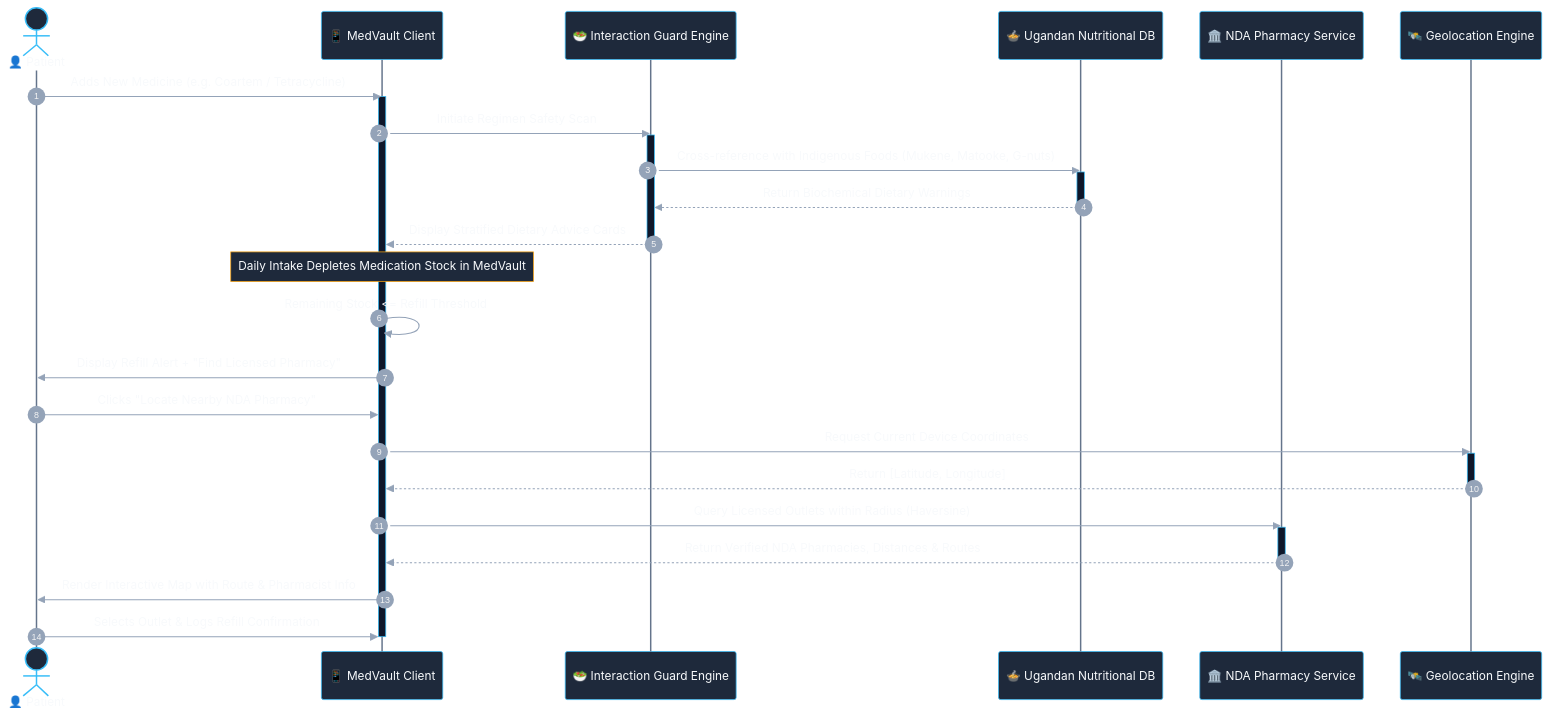
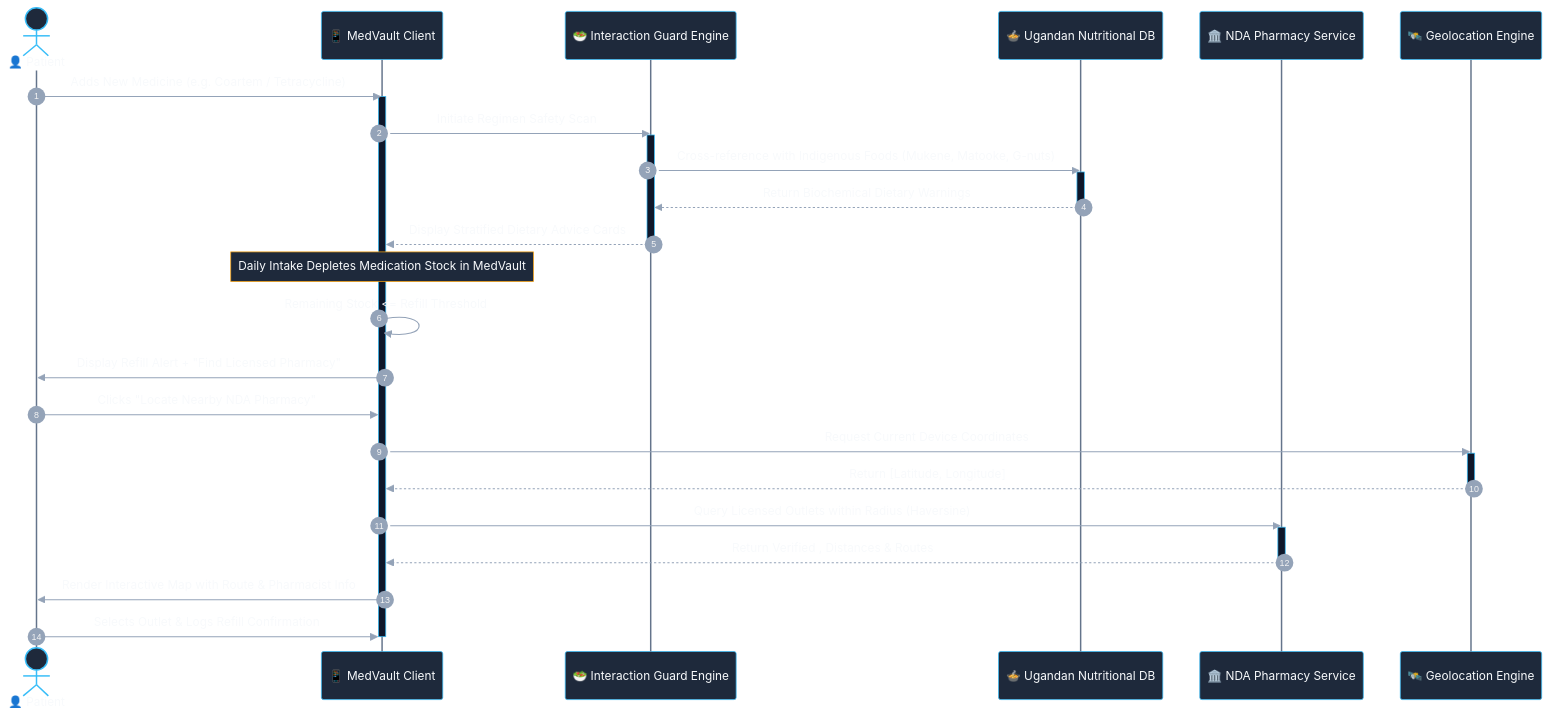
The sixth of 10 diagrams in project_proposal.md (EmmahOwens/dawa-lens), drawn with Mermaid before and after one commit. The commit also changed other lines of this file, not shown here.

Commit message:
docs: format markdown tables and update sequence diagram text in project proposal

````diff
--- a/project_proposal.md
+++ b/project_proposal.md
@@ -654,58 +654,58 @@
 ```mermaid
 %%{init: {
   'theme': 'base',
   'themeVariables': {
     'actorBkg': '#1e293b',
     'actorBorder': '#38bdf8',
     'actorTextColor': '#f8fafc',
     'actorLineColor': '#64748b',
     'signalColor': '#94a3b8',
     'signalTextColor': '#f8fafc',
     'labelBoxBkgColor': '#0f172a',
     'labelBoxBorderColor': '#334155',
     'labelTextColor': '#f8fafc',
     'noteBorderColor': '#f59e0b',
     'noteBkgColor': '#1e293b',
     'noteTextColor': '#f8fafc',
     'activationBorderColor': '#38bdf8',
     'activationBkgColor': '#0f172a',
     'fontFamily': 'Geist, Inter, system-ui, sans-serif'
   }
 }}%%
 sequenceDiagram
     autonumber
     actor User as 👤 Patient
     participant App as 📱 MedVault Client
     participant Guard as 🥗 Interaction Guard Engine
     participant FoodDB as 🍲 Ugandan Nutritional DB
     participant NDAService as 🏛️ NDA Pharmacy Service
     participant GPS as 🛰️ Geolocation Engine
 
     User->>App: Adds New Medicine (e.g. Coartem / Tetracycline)
     activate App
     App->>Guard: Initiate Regimen Safety Scan
     activate Guard
     Guard->>FoodDB: Cross-reference with Indigenous Foods (Mukene, Matooke, G-nuts)
     activate FoodDB
     FoodDB-->>Guard: Return Biochemical Dietary Warnings
     deactivate FoodDB
     Guard-->>App: Display Stratified Dietary Advice Cards
     deactivate Guard
     
     Note over App: Daily Intake Depletes Medication Stock in MedVault
     App->>App: Remaining Stock <= Refill Threshold
     App->>User: Display Refill Alert + "Find Licensed Pharmacy"
     
     User->>App: Clicks "Locate Nearby NDA Pharmacy"
     App->>GPS: Request Current Device Coordinates
     activate GPS
     GPS-->>App: Return [Latitude, Longitude]
     deactivate GPS
     App->>NDAService: Query Licensed Outlets within Radius (Haversine)
     activate NDAService
-    NDAService-->>App: Return Verified NDA Pharmacies, Distances & Routes
+    NDAService-->>App: Return Verified , Distances & Routes
     deactivate NDAService
     App->>User: Render Interactive Map with Route & Pharmacist Info
     User->>App: Selects Outlet & Logs Refill Confirmation
     deactivate App
 ```
````
